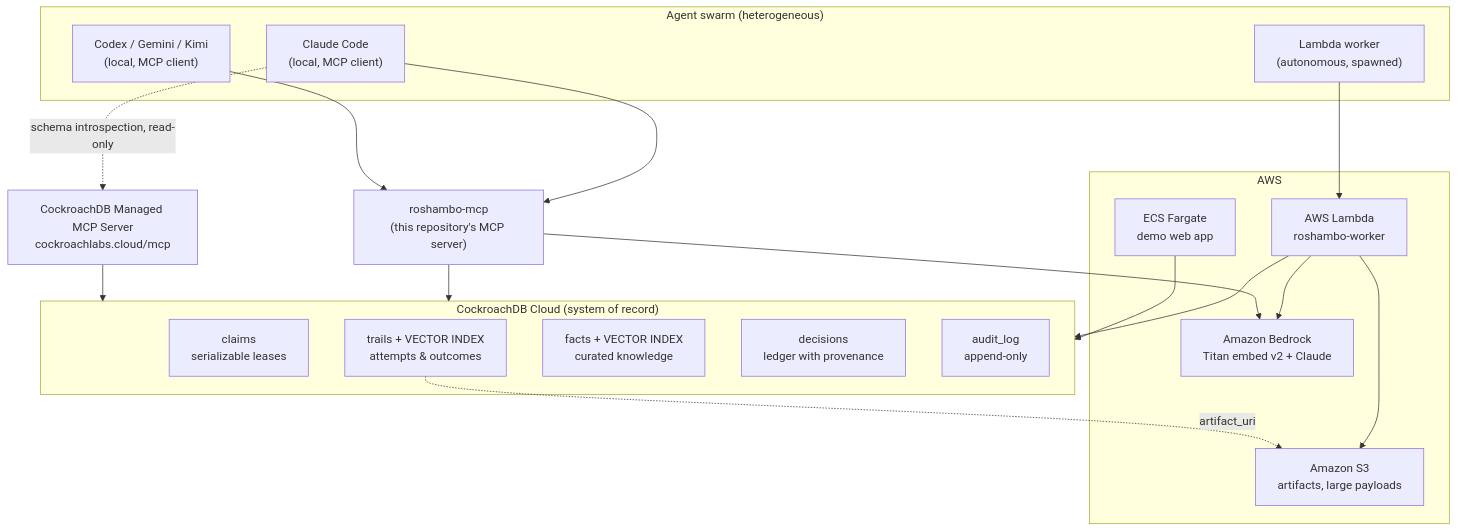
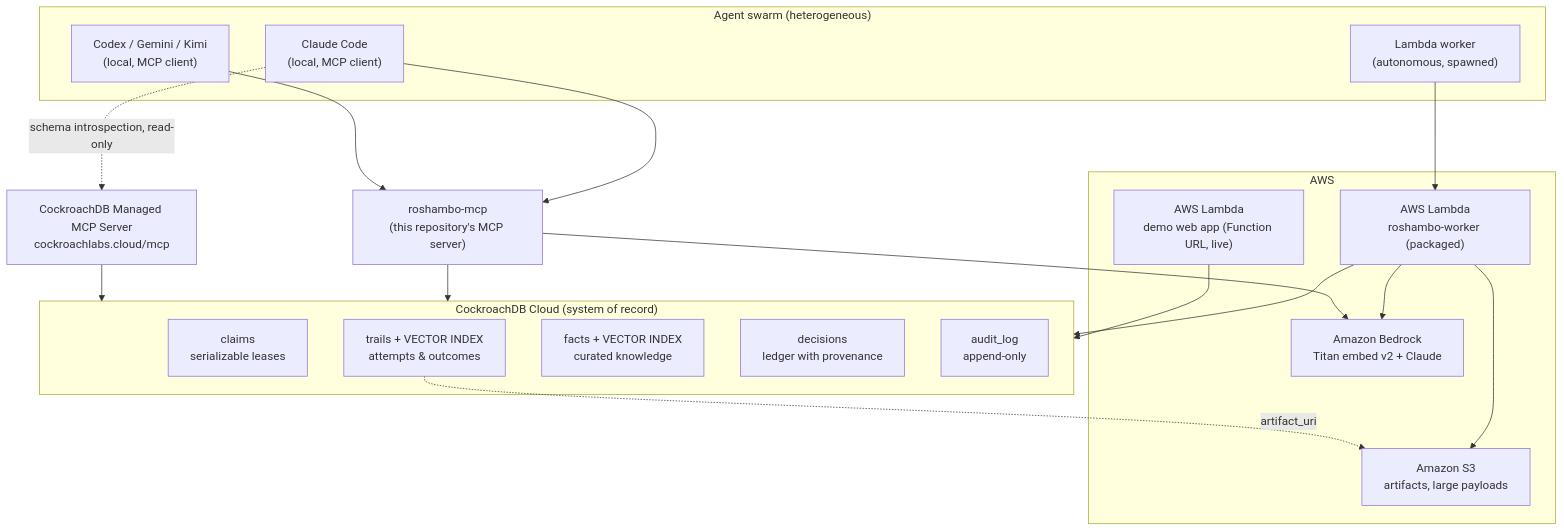
Before and after one commit to ellmos-ai/roshambo: the second of 2 diagrams in README.md, drawn with Mermaid. The commit also changed other lines of this file, not shown here.

Commit message:
docs(readme): architecture diagram reflects deployed reality (demo on Lambda, worker packaged)

````diff
--- a/README.md
+++ b/README.md
@@ -204,39 +204,39 @@
 ```mermaid
 flowchart TB
     subgraph Agents["Agent swarm (heterogeneous)"]
         A1["Claude Code<br/>(local, MCP client)"]
         A2["Codex / Gemini / Kimi<br/>(local, MCP client)"]
         A3["Lambda worker<br/>(autonomous, spawned)"]
     end
 
     subgraph AWS["AWS"]
-        L["AWS Lambda<br/>roshambo-worker"]
+        L["AWS Lambda<br/>roshambo-worker (packaged)"]
+        D["AWS Lambda<br/>demo web app (Function URL, live)"]
         B["Amazon Bedrock<br/>Titan embed v2 + Claude"]
         S3["Amazon S3<br/>artifacts, large payloads"]
-        FG["ECS Fargate<br/>demo web app"]
     end
 
     subgraph CRDB["CockroachDB Cloud (system of record)"]
         T1["claims<br/>serializable leases"]
         T2["trails + VECTOR INDEX<br/>attempts &amp; outcomes"]
         T3["facts + VECTOR INDEX<br/>curated knowledge"]
         T4["decisions<br/>ledger with provenance"]
         T5["audit_log<br/>append-only"]
     end
 
     MCPO["CockroachDB Managed MCP Server<br/>cockroachlabs.cloud/mcp"]
     MCPC["roshambo-mcp<br/>(this repository's MCP server)"]
 
     A1 --> MCPC
     A2 --> MCPC
     A1 -. "schema introspection, read-only" .-> MCPO
     A3 --> L
     MCPC --> CRDB
     MCPO --> CRDB
     L --> CRDB
     L --> B
     L --> S3
     MCPC --> B
-    FG --> CRDB
+    D --> CRDB
     T2 -. "artifact_uri" .-> S3
 ```
````
